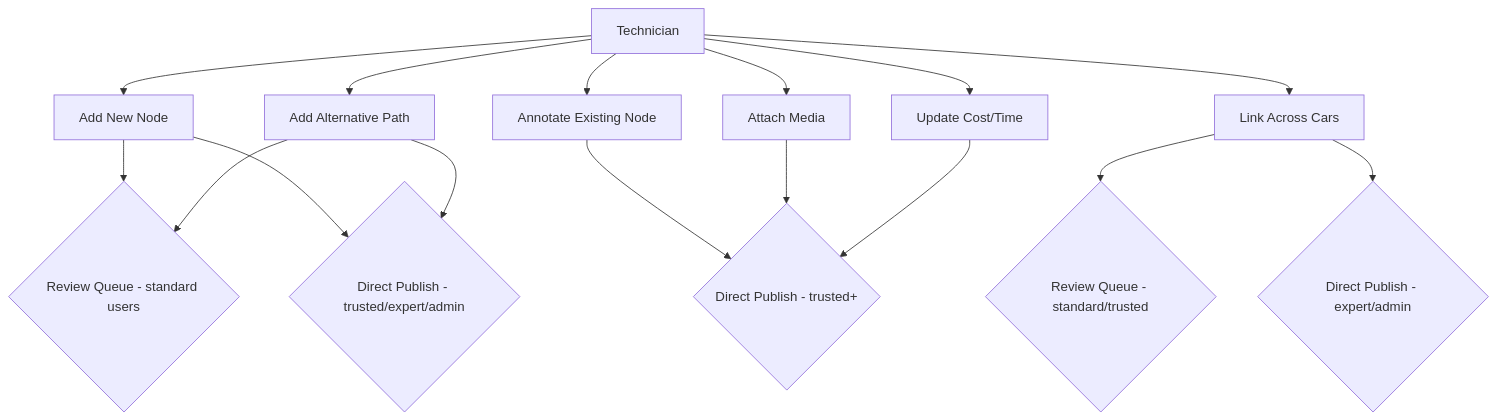
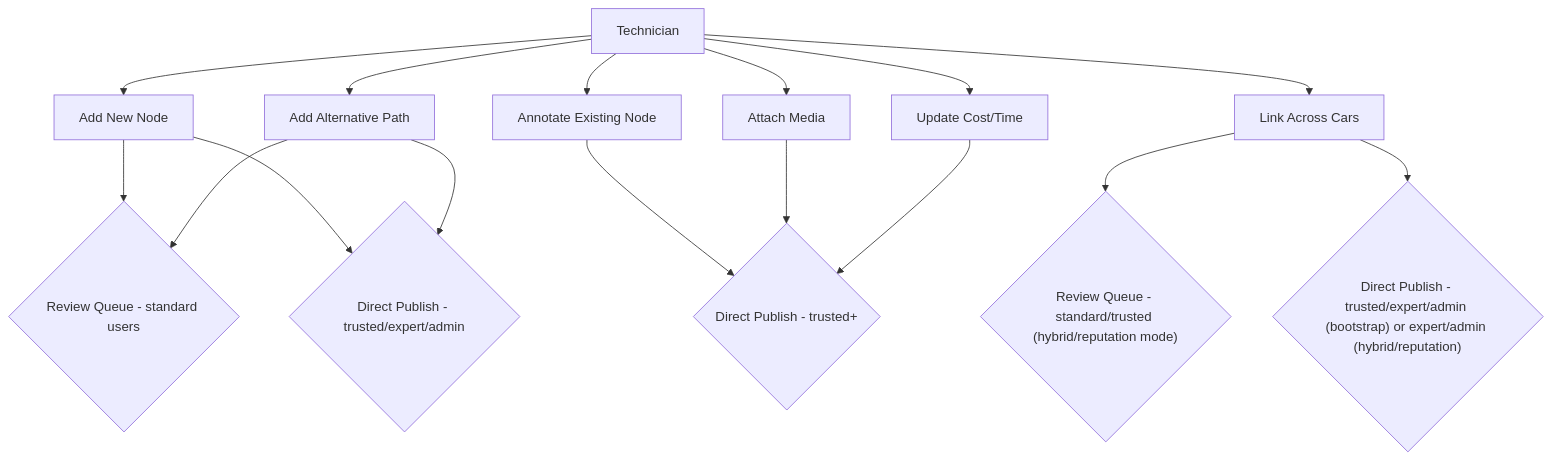
One commit to vjeeva/connected-diagnostics changed the second of 16 diagrams in .cursor/plans/diagnostic_knowledge_system_c18065b2.plan.md. Above: the diagram before and after it, drawn with Mermaid. The commit also changed other lines of this file, not shown here.

````diff
--- a/.cursor/plans/diagnostic_knowledge_system_c18065b2.plan.md
+++ b/.cursor/plans/diagnostic_knowledge_system_c18065b2.plan.md
@@ -231,21 +317,21 @@
 ```mermaid
 flowchart TD
     Tech["Technician"]
 
     Tech --> NewNode["Add New Node"]
     Tech --> AltPath["Add Alternative Path"]
     Tech --> Annotate["Annotate Existing Node"]
     Tech --> Attach["Attach Media"]
     Tech --> CrossCar["Link Across Cars"]
     Tech --> CostUpdate["Update Cost/Time"]
 
     NewNode --> ReviewQ{"Review Queue - standard users"}
     NewNode --> Direct{"Direct Publish - trusted/expert/admin"}
     AltPath --> ReviewQ
     AltPath --> Direct
     Annotate --> Direct2{"Direct Publish - trusted+"}
     Attach --> Direct2
-    CrossCar --> ReviewQ2{"Review Queue - standard/trusted"}
-    CrossCar --> Direct3{"Direct Publish - expert/admin"}
+    CrossCar --> ReviewQ2{"Review Queue - standard/trusted (hybrid/reputation mode)"}
+    CrossCar --> Direct3{"Direct Publish - trusted/expert/admin (bootstrap) or expert/admin (hybrid/reputation)"}
     CostUpdate --> Direct2
 ```
````
